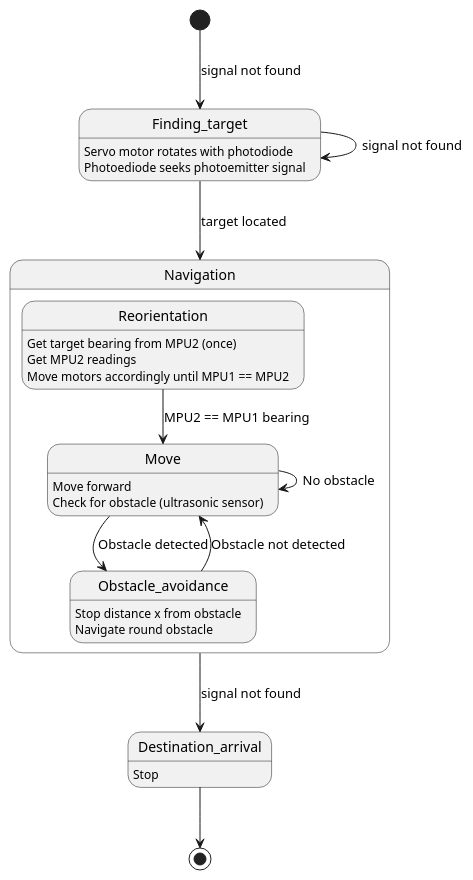
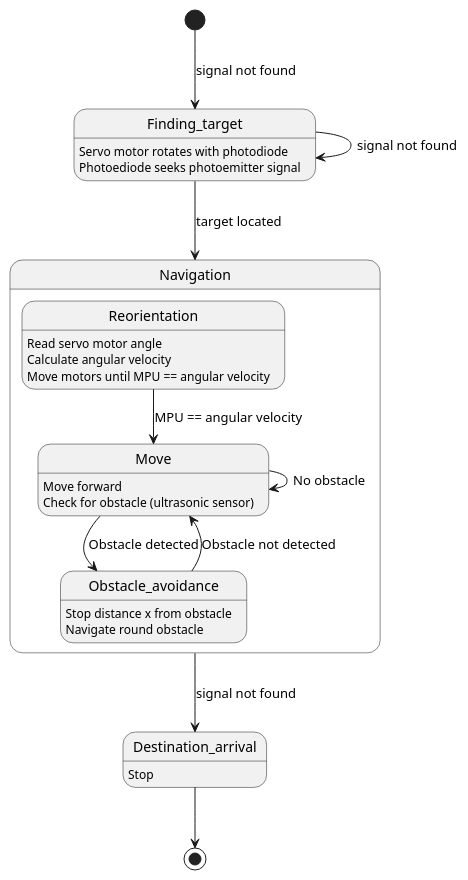
The diagram in state.puml (Dungeons-of-dragons/Robot-car.-), drawn with PlantUML before and after one commit. The commit also changed 1 other file, not shown here.

```diff
--- a/state.puml
+++ b/state.puml
@@ -1,30 +1,32 @@
 @startuml robot_car
 
 [*] --> Finding_target : signal not found
 Finding_target --> Finding_target : signal not found
 Finding_target : Servo motor rotates with photodiode
 Finding_target : Photoediode seeks photoemitter signal
 Finding_target --> Navigation : target located
 
 
 state Navigation{
-    Reorientation : Get target bearing from MPU2 (once)
-    Reorientation : Get MPU2 readings
-    Reorientation : Move motors accordingly until MPU1 == MPU2
-    Reorientation --> Move : MPU2 == MPU1 bearing
+    Reorientation : Read servo motor angle
+    Reorientation : Calculate angular velocity
+    Reorientation : Move motors until MPU == angular velocity
+    Reorientation --> Move : MPU == angular velocity
 
     Move : Move forward 
     Move : Check for obstacle (ultrasonic sensor)
     Move --> Move : No obstacle
 
     Move --> Obstacle_avoidance : Obstacle detected
     Obstacle_avoidance : Stop distance x from obstacle
     Obstacle_avoidance : Navigate round obstacle
     Obstacle_avoidance --> Move : Obstacle not detected
+
 }
 
 Navigation --> Destination_arrival : signal not found
 Destination_arrival : Stop
 
 Destination_arrival --> [*]
+
 @enduml
```
